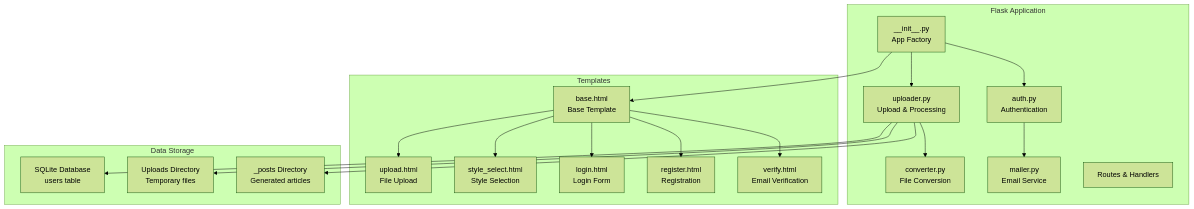
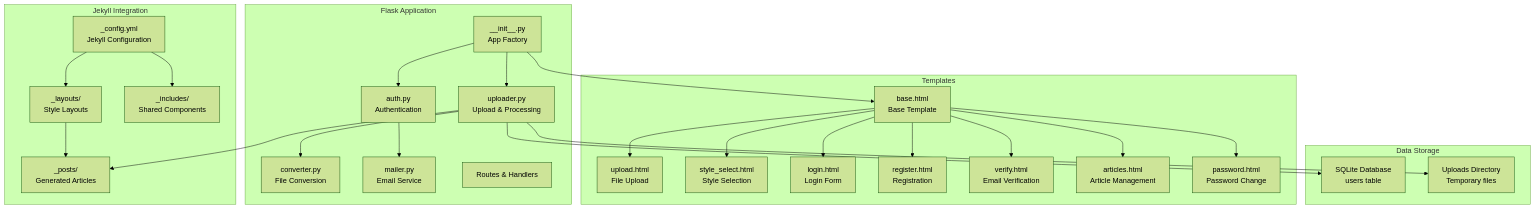
Before and after one commit to PolarisW007/PolaZhenJing: the first of 2 diagrams in .qoder/repowiki/en/content/Frontend Application/Thought Management.md, drawn with Mermaid (forest theme). The commit also changed other lines of this file and 12 other files, not shown here.

````diff
--- a/.qoder/repowiki/en/content/Frontend Application/Thought Management.md
+++ b/.qoder/repowiki/en/content/Frontend Application/Thought Management.md
@@ -55,37 +68,49 @@
 ```mermaid
 graph TB
 subgraph "Flask Application"
 APP["__init__.py<br/>App Factory"]
 AUTH["auth.py<br/>Authentication"]
 UP["uploader.py<br/>Upload & Processing"]
 CONV["converter.py<br/>File Conversion"]
 MAIL["mailer.py<br/>Email Service"]
 ENDPOINTS["Routes & Handlers"]
 end
 subgraph "Templates"
 BASE["base.html<br/>Base Template"]
 UPLOAD["upload.html<br/>File Upload"]
 STYLE["style_select.html<br/>Style Selection"]
 LOGIN["login.html<br/>Login Form"]
 REG["register.html<br/>Registration"]
 VERIFY["verify.html<br/>Email Verification"]
+ARTICLES["articles.html<br/>Article Management"]
+PASSWORD["password.html<br/>Password Change"]
+end
+subgraph "Jekyll Integration"
+CONFIG["_config.yml<br/>Jekyll Configuration"]
+LAYOUTS["_layouts/<br/>Style Layouts"]
+INCLUDES["_includes/<br/>Shared Components"]
+POSTS["_posts/<br/>Generated Articles"]
 end
 subgraph "Data Storage"
 DB["SQLite Database<br/>users table"]
 UPLOADS["Uploads Directory<br/>Temporary files"]
-POSTS["_posts Directory<br/>Generated articles"]
 end
 APP --> AUTH
 APP --> UP
 UP --> CONV
 AUTH --> MAIL
 UP --> DB
 UP --> UPLOADS
 UP --> POSTS
 APP --> BASE
 BASE --> UPLOAD
 BASE --> STYLE
 BASE --> LOGIN
 BASE --> REG
 BASE --> VERIFY
+BASE --> ARTICLES
+BASE --> PASSWORD
+CONFIG --> LAYOUTS
+CONFIG --> INCLUDES
+LAYOUTS --> POSTS
 ```
````
